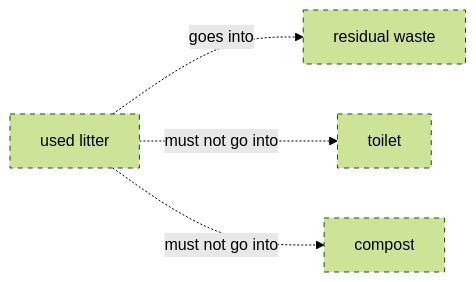
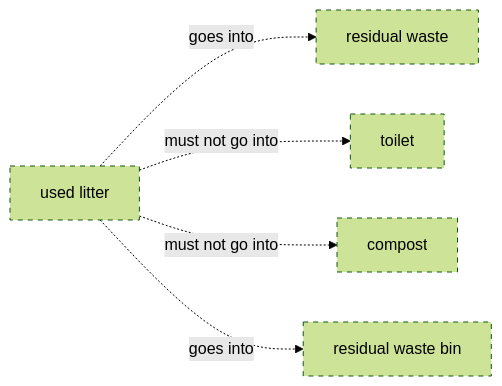
Before and after one commit to belaboros/DomainAiAssistant: diagram 41 of 54 in data/ontology-pets-and-house-rules/03_release/00_raw/level-2.md, drawn with Mermaid (forest theme). The commit also changed other lines of this file and 338 other files, not shown here.

````diff
--- a/data/ontology-pets-and-house-rules/03_release/00_raw/level-2.md
+++ b/data/ontology-pets-and-house-rules/03_release/00_raw/level-2.md
@@ -555,12 +653,14 @@
 ```mermaid
 flowchart LR
     classDef draft stroke-dasharray: 5 5
     cn_01M82H1MQPVEX27Q0YHCNZ9WE5["compost"]
     cn_01M82H1MQPVEX27Q0YHCNZ9WE3["residual waste"]
+    cn_01M82HBAX7NMYFG8GE4P9Y56F8["residual waste bin"]
     cn_01M82H1MQPVEX27Q0YHCNZ9WE4["toilet"]
     cn_01M82H1MQPVEX27Q0YHCNZ9WE1["used litter"]
     cn_01M82H1MQPVEX27Q0YHCNZ9WE1 -. "goes into" .-> cn_01M82H1MQPVEX27Q0YHCNZ9WE3
     cn_01M82H1MQPVEX27Q0YHCNZ9WE1 -. "must not go into" .-> cn_01M82H1MQPVEX27Q0YHCNZ9WE4
     cn_01M82H1MQPVEX27Q0YHCNZ9WE1 -. "must not go into" .-> cn_01M82H1MQPVEX27Q0YHCNZ9WE5
-    class cn_01M82H1MQPVEX27Q0YHCNZ9WE5,cn_01M82H1MQPVEX27Q0YHCNZ9WE3,cn_01M82H1MQPVEX27Q0YHCNZ9WE4,cn_01M82H1MQPVEX27Q0YHCNZ9WE1 draft
+    cn_01M82H1MQPVEX27Q0YHCNZ9WE1 -. "goes into" .-> cn_01M82HBAX7NMYFG8GE4P9Y56F8
+    class cn_01M82H1MQPVEX27Q0YHCNZ9WE5,cn_01M82H1MQPVEX27Q0YHCNZ9WE3,cn_01M82HBAX7NMYFG8GE4P9Y56F8,cn_01M82H1MQPVEX27Q0YHCNZ9WE4,cn_01M82H1MQPVEX27Q0YHCNZ9WE1 draft
 ```
````
